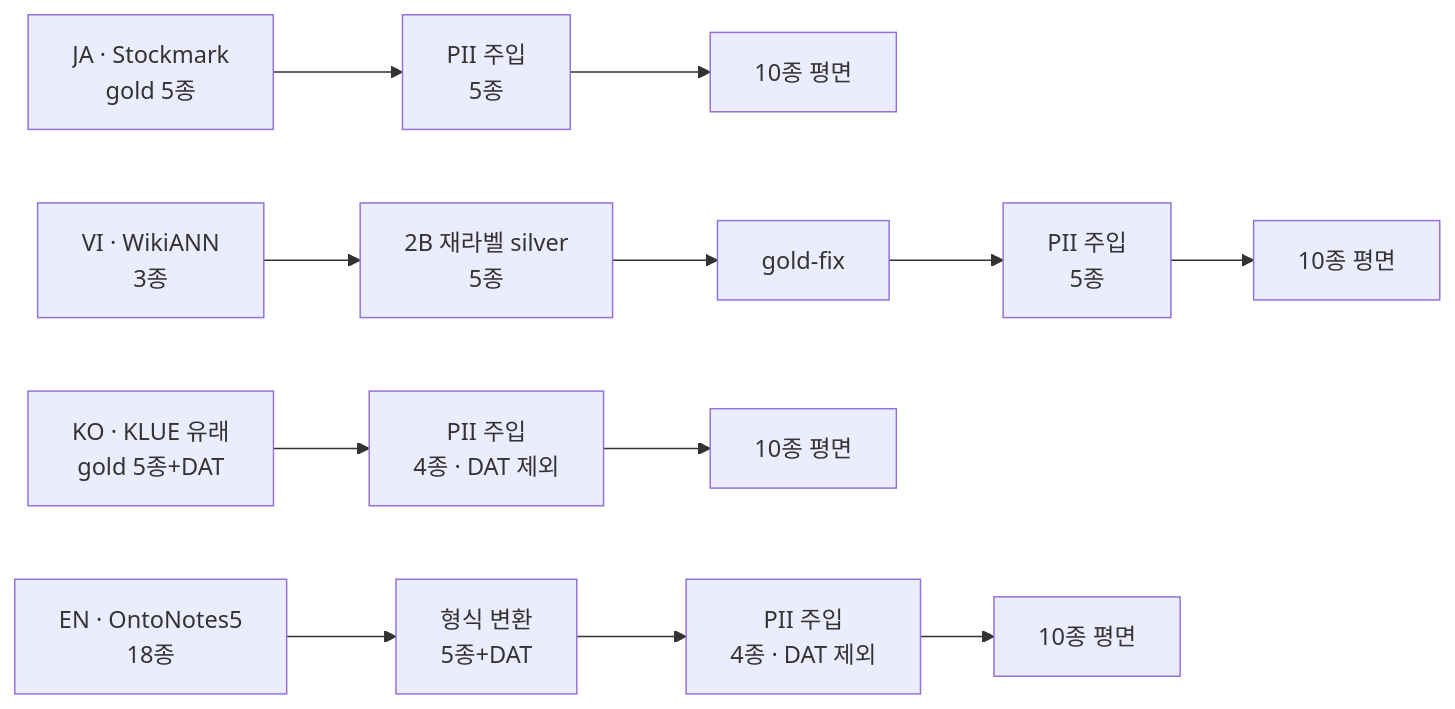
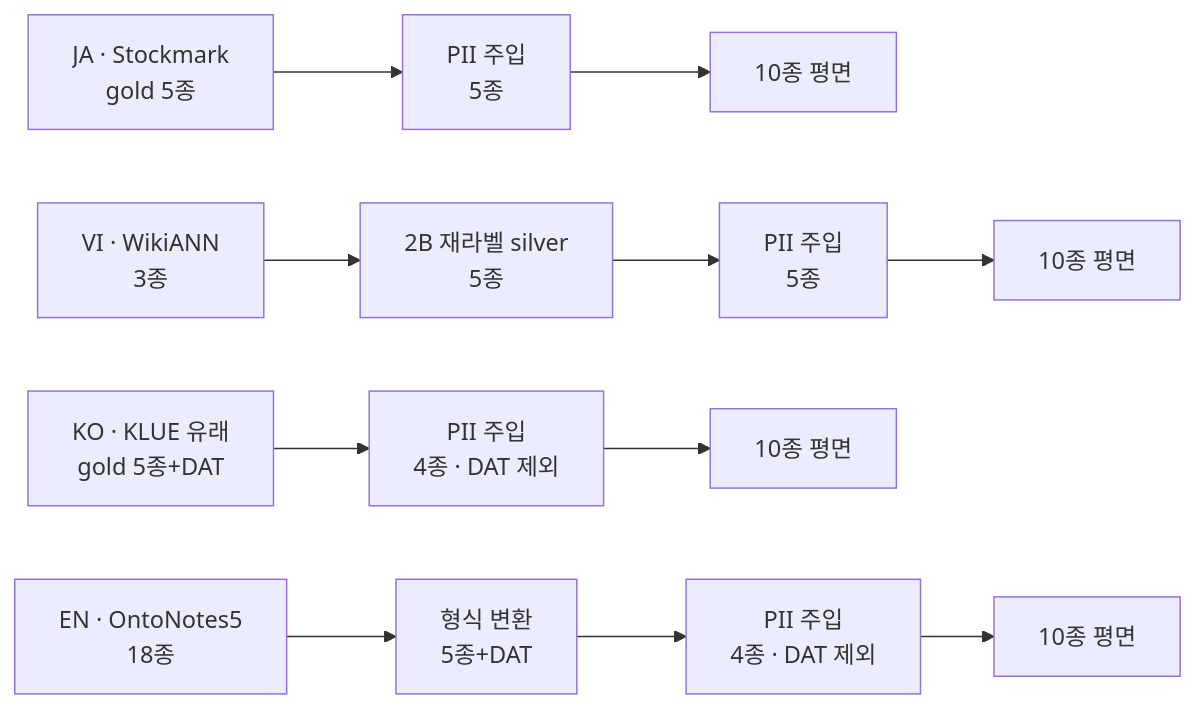
One commit to groovallstar/ner-pipeline-public changed the first of 2 diagrams in docs/manual/pipeline/2-augmentation.md. Above: the diagram before and after it, drawn with Mermaid. The commit also changed other lines of this file and 11 other files, not shown here.

````diff
--- a/docs/manual/pipeline/2-augmentation.md
+++ b/docs/manual/pipeline/2-augmentation.md
@@ -13,7 +13,7 @@
 ```mermaid
 flowchart LR
     JA["JA · Stockmark<br/>gold 5종"] --> JP["PII 주입<br/>5종"] --> J10["10종 평면"]
-    VI["VI · WikiANN<br/>3종"] --> VR["2B 재라벨 silver<br/>5종"] --> VG["gold-fix"] --> VP["PII 주입<br/>5종"] --> V10["10종 평면"]
+    VI["VI · WikiANN<br/>3종"] --> VR["2B 재라벨 silver<br/>5종"] --> VP["PII 주입<br/>5종"] --> V10["10종 평면"]
     KO["KO · KLUE 유래<br/>gold 5종+DAT"] --> KP["PII 주입<br/>4종 · DAT 제외"] --> K10["10종 평면"]
     EN["EN · OntoNotes5<br/>18종"] --> EC["형식 변환<br/>5종+DAT"] --> EP["PII 주입<br/>4종 · DAT 제외"] --> E10["10종 평면"]
 ```
````
